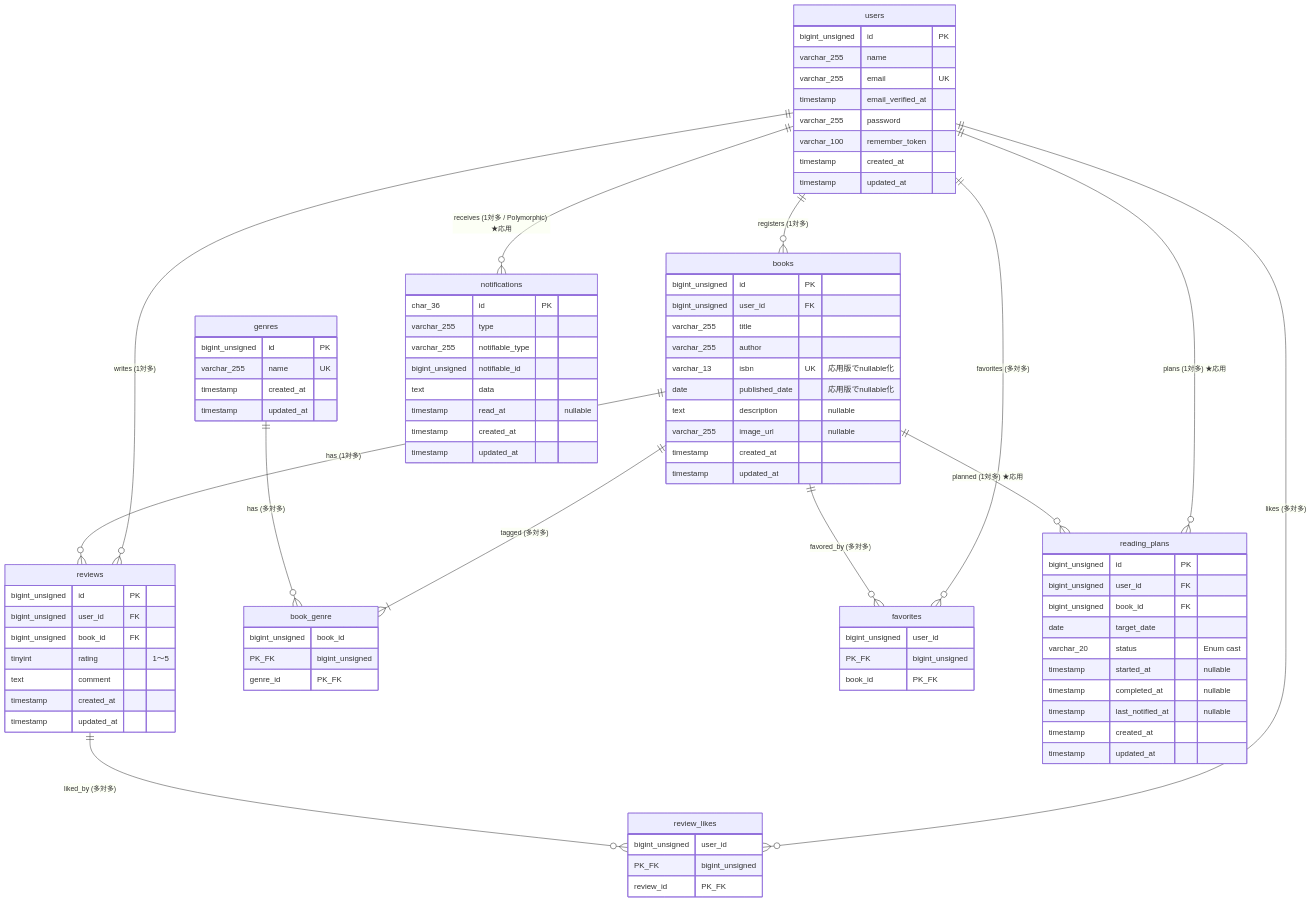
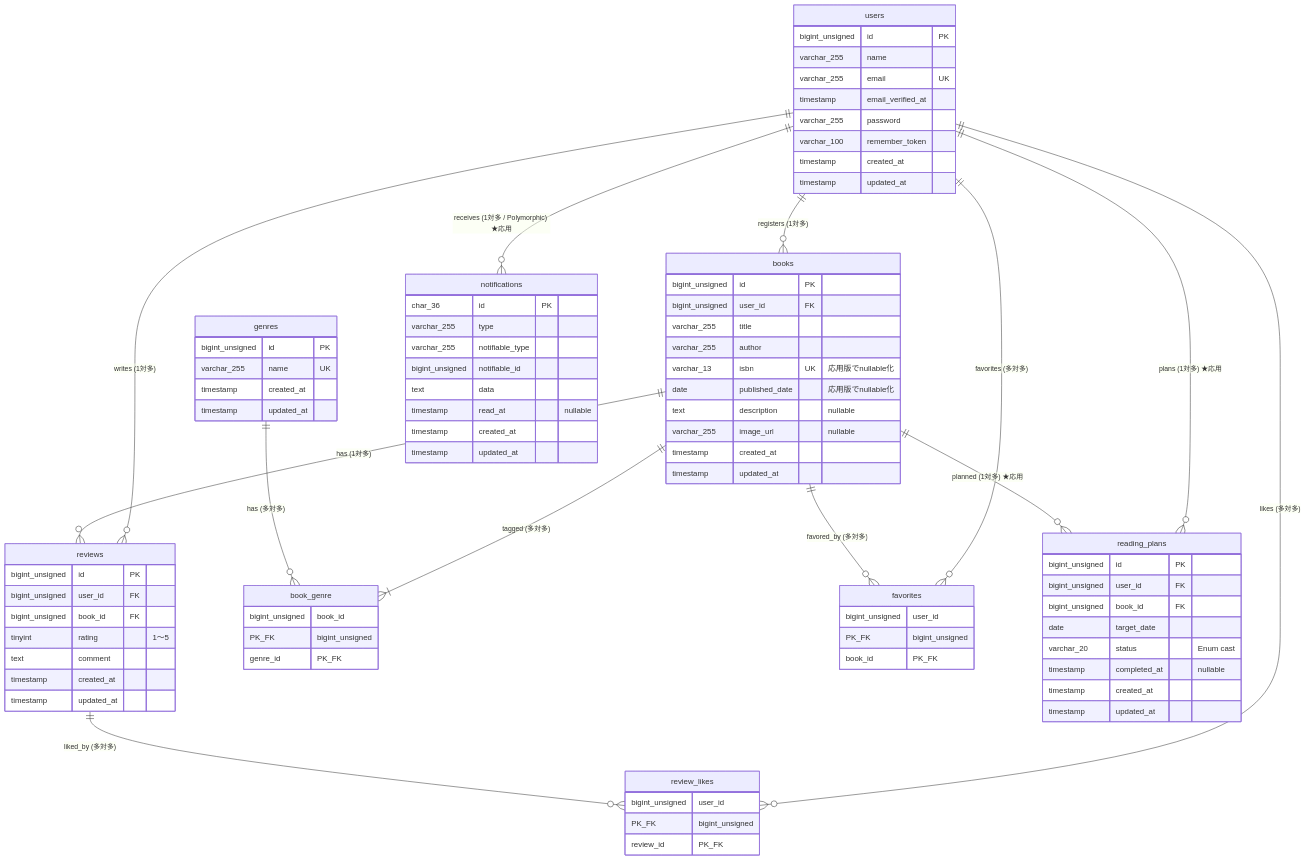
The diagram in 関連ドキュメント/要件シート_詳細度100%.md (coachtech-material/ExampleAnswer-mockcase-BookShelf), drawn with Mermaid before and after one commit. The commit also changed other lines of this file and 2 other files, not shown here.

```diff
--- a/関連ドキュメント/要件シート_詳細度100%.md
+++ b/関連ドキュメント/要件シート_詳細度100%.md
@@ -965,9 +973,7 @@
         bigint_unsigned book_id FK
         date target_date
         varchar_20 status "Enum cast"
-        timestamp started_at "nullable"
         timestamp completed_at "nullable"
-        timestamp last_notified_at "nullable"
         timestamp created_at
         timestamp updated_at
     }
```
